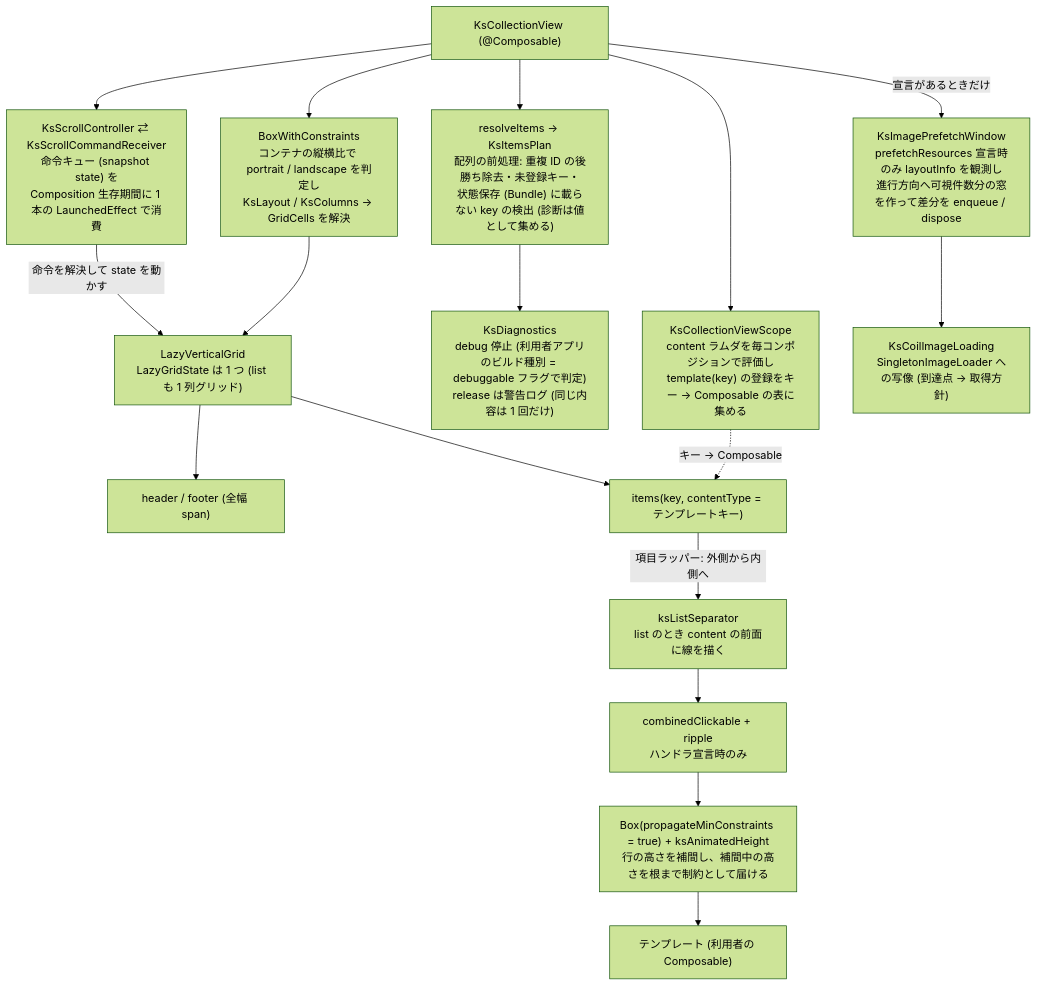
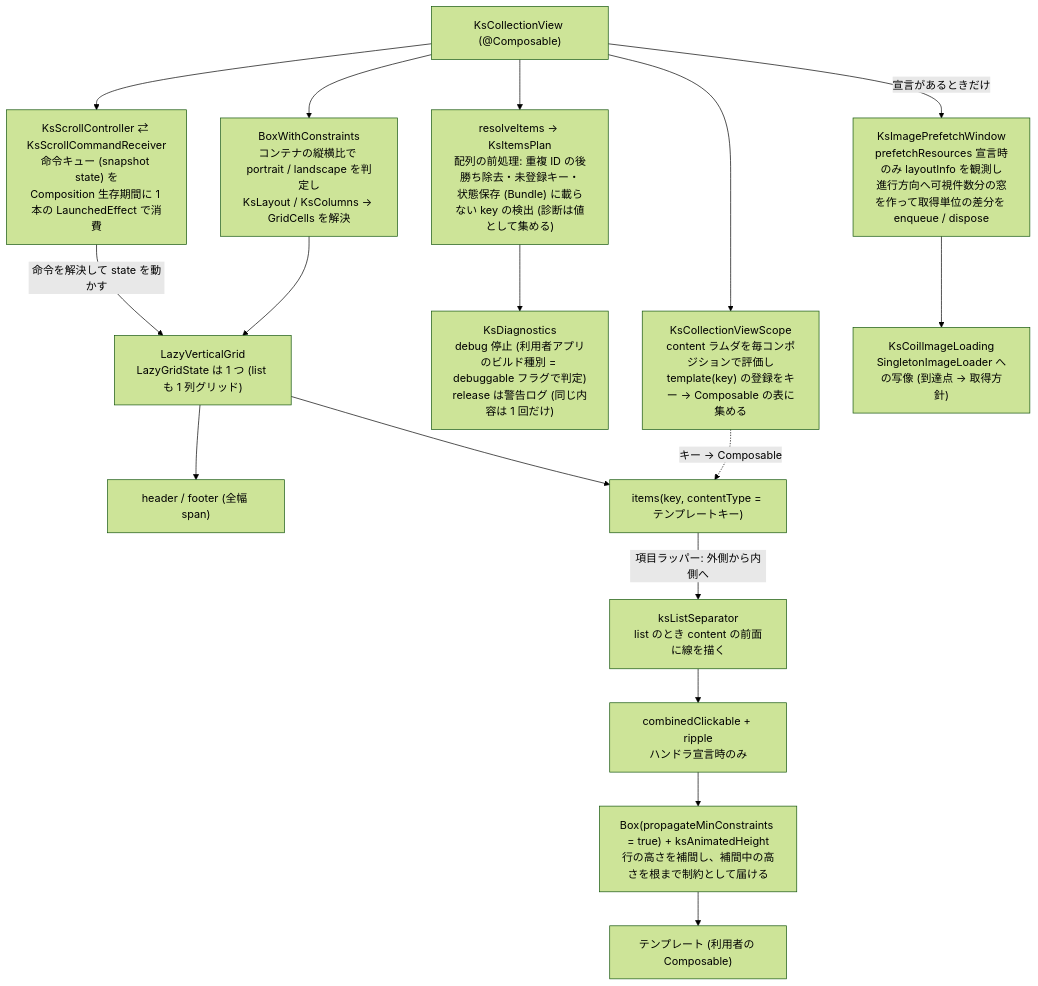
One commit to kamusoft/KsCollectionView changed the diagram in kasane/concepts/android/architecture/compose-wrapper.md. Above: the diagram before and after it, drawn with Mermaid (forest theme). The commit also changed other lines of this file and 55 other files, not shown here.

````diff
--- a/kasane/concepts/android/architecture/compose-wrapper.md
+++ b/kasane/concepts/android/architecture/compose-wrapper.md
@@ -19,28 +19,28 @@
 ```mermaid
 flowchart TD
     KCV["KsCollectionView (@Composable)"]
     SCOPE["KsCollectionViewScope<br/>content ラムダを毎コンポジションで評価し<br/>template(key) の登録をキー → Composable の表に集める"]
     PLAN["resolveItems → KsItemsPlan<br/>配列の前処理: 重複 ID の後勝ち除去・未登録キー・<br/>状態保存 (Bundle) に載らない key の検出 (診断は値として集める)"]
     DIAG["KsDiagnostics<br/>debug 停止 (利用者アプリのビルド種別 = debuggable フラグで判定)<br/>release は警告ログ (同じ内容は 1 回だけ)"]
     BWC["BoxWithConstraints<br/>コンテナの縦横比で portrait / landscape を判定し<br/>KsLayout / KsColumns → GridCells を解決"]
     CTRL["KsScrollController ⇄ KsScrollCommandReceiver<br/>命令キュー (snapshot state) を<br/>Composition 生存期間に 1 本の LaunchedEffect で消費"]
     GRID["LazyVerticalGrid<br/>LazyGridState は 1 つ (list も 1 列グリッド)"]
     HF["header / footer (全幅 span)"]
     ITEMS["items(key, contentType = テンプレートキー)"]
     SEP["ksListSeparator<br/>list のとき content の前面に線を描く"]
     TAP["combinedClickable + ripple<br/>ハンドラ宣言時のみ"]
     BOX["Box(propagateMinConstraints = true) + ksAnimatedHeight<br/>行の高さを補間し、補間中の高さを根まで制約として届ける"]
     TPL["テンプレート (利用者の Composable)"]
-    PREFETCH["KsImagePrefetchWindow<br/>prefetchResources 宣言時のみ layoutInfo を観測し<br/>進行方向へ可視件数分の窓を作って差分を enqueue / dispose"]
+    PREFETCH["KsImagePrefetchWindow<br/>prefetchResources 宣言時のみ layoutInfo を観測し<br/>進行方向へ可視件数分の窓を作って取得単位の差分を enqueue / dispose"]
     COIL["KsCoilImageLoading<br/>SingletonImageLoader への写像 (到達点 → 取得方針)"]
 
     KCV --> SCOPE
     KCV -- 宣言があるときだけ --> PREFETCH --> COIL
     KCV --> PLAN --> DIAG
     KCV --> BWC --> GRID
     KCV --> CTRL -- 命令を解決して state を動かす --> GRID
     SCOPE -. キー → Composable .-> ITEMS
     GRID --> HF
     GRID --> ITEMS
     ITEMS -- 項目ラッパー: 外側から内側へ --> SEP --> TAP --> BOX --> TPL
 ```
````
